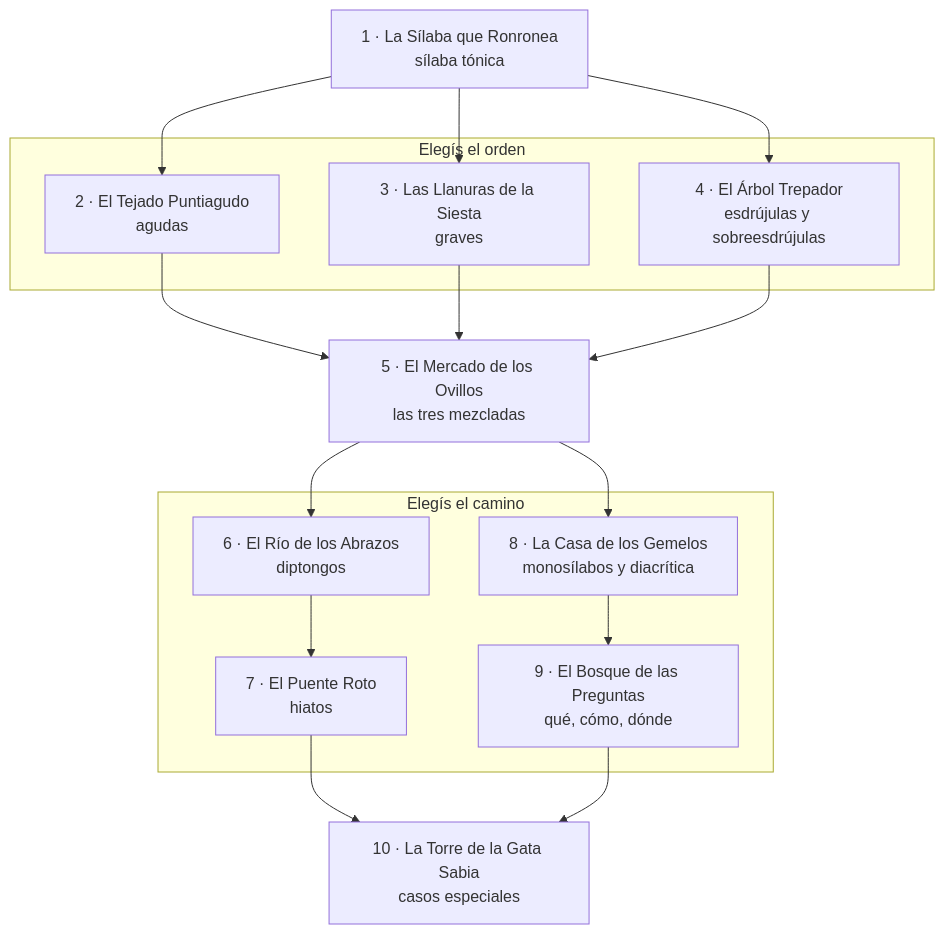
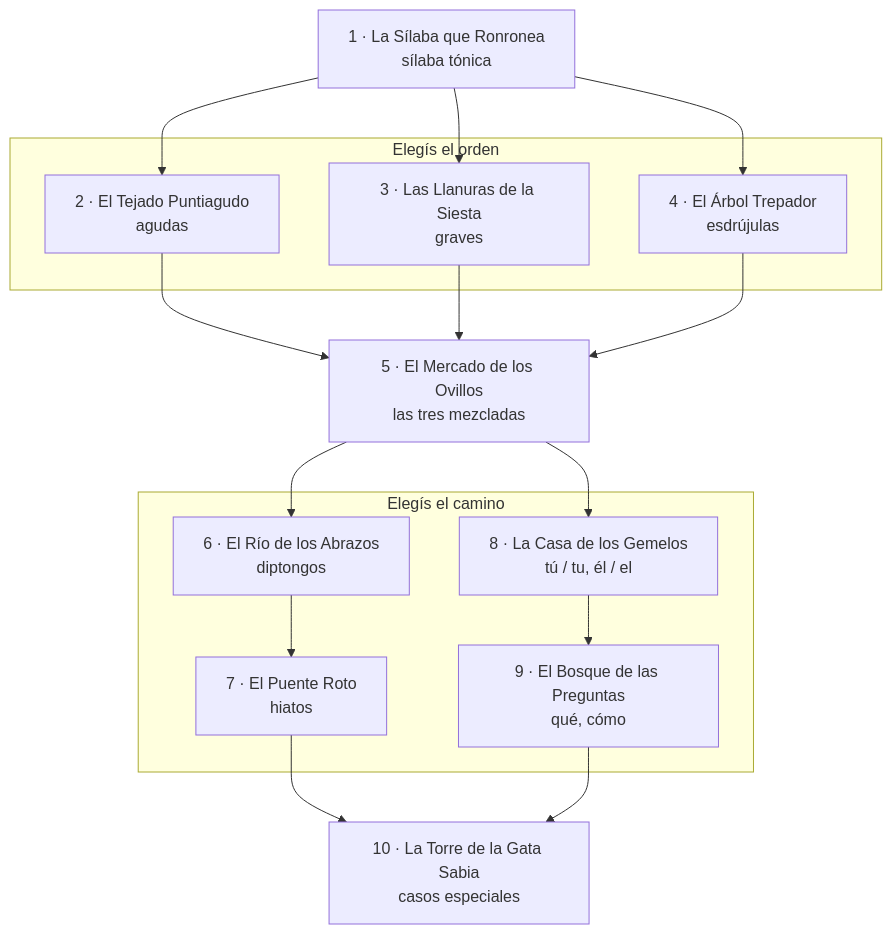
Before and after one commit to tincho1980/gatito-gramatico: the first of 2 diagrams in docs/analisis-y-propuesta.md, drawn with Mermaid. The commit also changed 31 other files, not shown here.

````diff
--- a/docs/analisis-y-propuesta.md
+++ b/docs/analisis-y-propuesta.md
@@ -174,19 +174,19 @@
 ```mermaid
 flowchart TD
     M1["1 · La Sílaba que Ronronea<br/>sílaba tónica"]
     subgraph E1["Elegís el orden"]
         M2["2 · El Tejado Puntiagudo<br/>agudas"]
         M3["3 · Las Llanuras de la Siesta<br/>graves"]
-        M4["4 · El Árbol Trepador<br/>esdrújulas y sobreesdrújulas"]
+        M4["4 · El Árbol Trepador<br/>esdrújulas"]
     end
     M5["5 · El Mercado de los Ovillos<br/>las tres mezcladas"]
     subgraph E2["Elegís el camino"]
         M6["6 · El Río de los Abrazos<br/>diptongos"] --> M7["7 · El Puente Roto<br/>hiatos"]
-        M8["8 · La Casa de los Gemelos<br/>monosílabos y diacrítica"] --> M9["9 · El Bosque de las Preguntas<br/>qué, cómo, dónde"]
+        M8["8 · La Casa de los Gemelos<br/>tú / tu, él / el"] --> M9["9 · El Bosque de las Preguntas<br/>qué, cómo"]
     end
     M10["10 · La Torre de la Gata Sabia<br/>casos especiales"]
     M1 --> M2 & M3 & M4
     M2 & M3 & M4 --> M5
     M5 --> M6 & M8
     M7 & M9 --> M10
 ```
````
